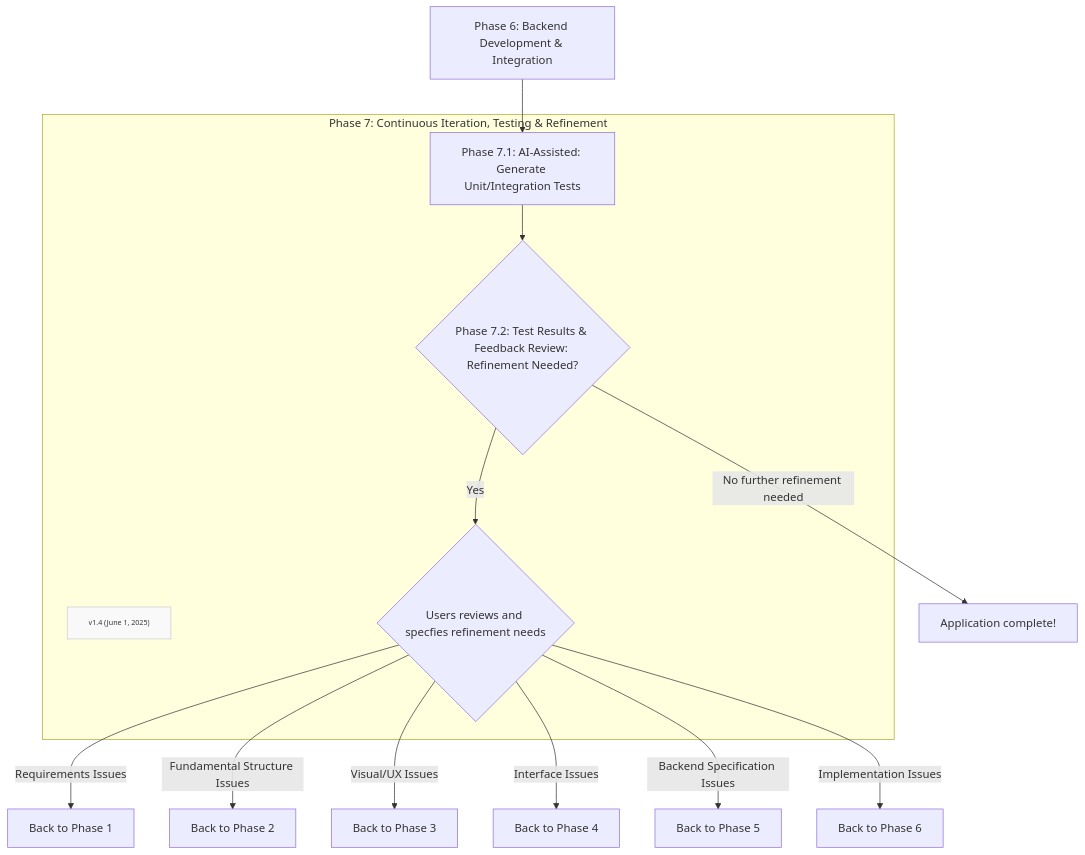
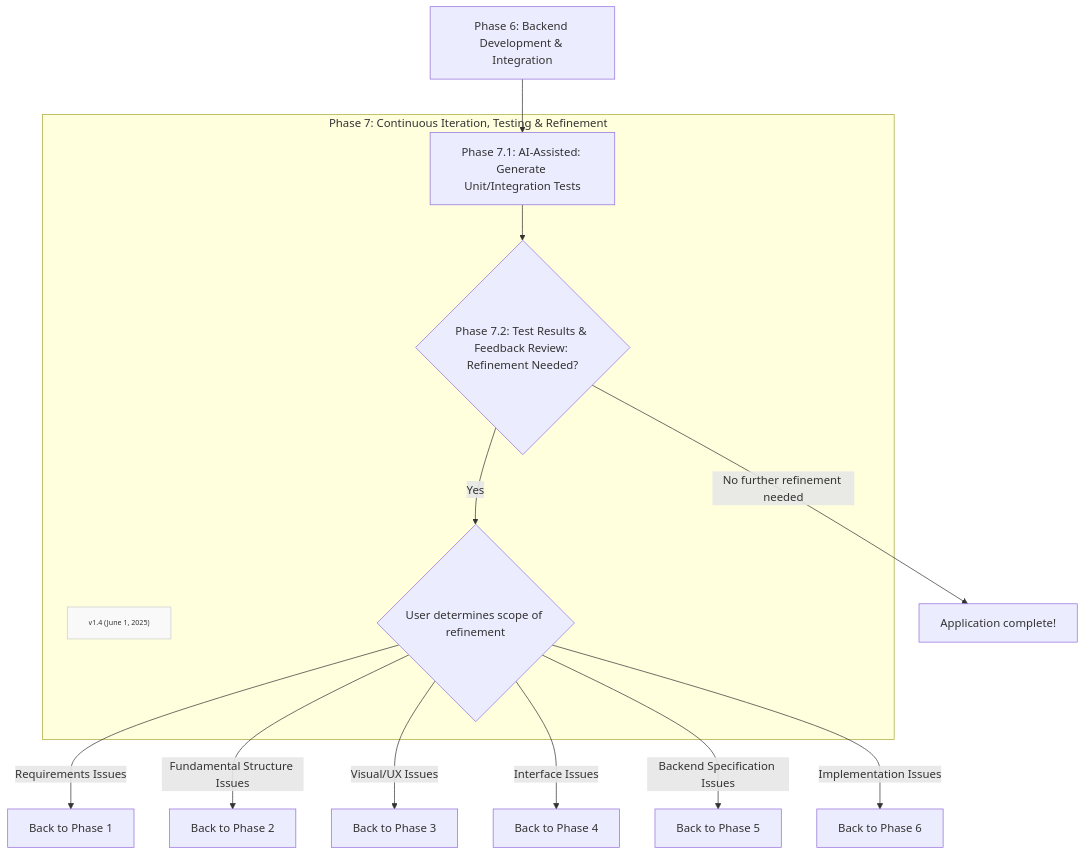
The diagram in Method/FF-phase7.md (Mharbulous/Front-First-Method), drawn with Mermaid before and after one commit.

Commit message:
refinedment

````diff
--- a/Method/FF-phase7.md
+++ b/Method/FF-phase7.md
@@ -1,22 +1,22 @@
 ```mermaid
 graph TD
     Phase6["Phase 6: Backend Development & Integration"] --> Phase7_1
 
     subgraph Phase7 ["Phase 7: Continuous Iteration, Testing & Refinement"]
         Version["v1.4 (June 1, 2025)"]
         classDef version fill:#f9f9f9,stroke:#ccc,font-size:10px
         class Version version
         Phase7_1["Phase 7.1: AI-Assisted: Generate Unit/Integration Tests"] --> Phase7_2{"Phase 7.2: Test Results & Feedback Review: Refinement Needed?"} 
-        Phase7_2 --> |Yes|RefineDecision{"Users reviews and specfies refinement needs"}
+        Phase7_2 --> |Yes|RefineDecision{"User determines scope of refinement"}
         
     end
 
 Phase7_2 -->  |No further refinement needed|AllGood["Application complete!"]       
 RefineDecision -->|Requirements Issues| Back2Phase1["Back to Phase 1"]
 RefineDecision -->|Fundamental Structure Issues| Back2Phase2["Back to Phase 2"]
 RefineDecision -->|Visual/UX Issues| Back2Phase3["Back to Phase 3"]
 RefineDecision -->|Interface Issues| Back2Phase4["Back to Phase 4"]
 RefineDecision -->|Backend Specification Issues| Back2Phase5["Back to Phase 5"]
 RefineDecision -->|Implementation Issues| Back2Phase6["Back to Phase 6"]
 
 ```
````
